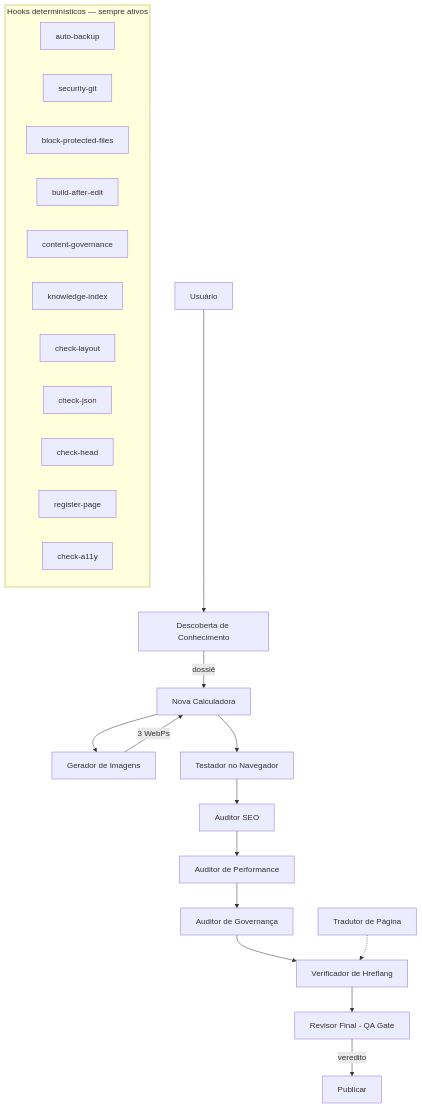
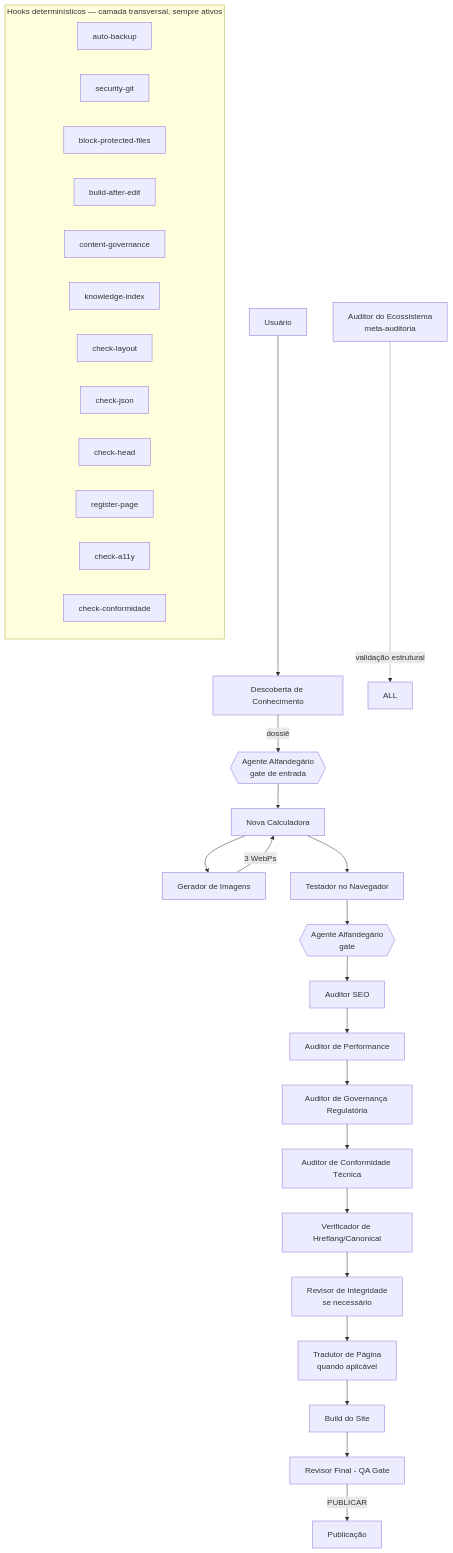
One commit to kauesp0007/calculadoras-de-enfermagem changed the diagram in CATALOGO_DOS_AGENTES_E_HOOKS/CATALOGO_CENTRAL_DA_ARQUITETURA.md. Above: the diagram before and after it, drawn with Mermaid. The commit also changed other lines of this file and 19 other files, not shown here.

````diff
--- a/CATALOGO_DOS_AGENTES_E_HOOKS/CATALOGO_CENTRAL_DA_ARQUITETURA.md
+++ b/CATALOGO_DOS_AGENTES_E_HOOKS/CATALOGO_CENTRAL_DA_ARQUITETURA.md
@@ -106,20 +126,27 @@
 ```mermaid
 flowchart TD
     U[Usuário] --> DC[Descoberta de Conhecimento]
-    DC -->|dossiê| NC[Nova Calculadora]
+    DC -->|dossiê| AF1{{Agente Alfandegário<br/>gate de entrada}}
+    AF1 --> NC[Nova Calculadora]
     NC --> GI[Gerador de Imagens]
     GI -->|3 WebPs| NC
     NC --> TB[Testador no Navegador]
-    TB --> AS[Auditor SEO]
+    TB --> AF2{{Agente Alfandegário<br/>gate}}
+    AF2 --> AS[Auditor SEO]
     AS --> AP[Auditor de Performance]
-    AP --> AG[Auditor de Governança]
-    AG --> VH[Verificador de Hreflang]
-    VH --> RF[Revisor Final - QA Gate]
-    RF -->|veredito| P[Publicar]
-    TP[Tradutor de Página] -.-> VH
-    subgraph HOOKS[Hooks determinísticos — sempre ativos]
+    AP --> AG[Auditor de Governança Regulatória]
+    AG --> CT[Auditor de Conformidade Técnica]
+    CT --> VH[Verificador de Hreflang/Canonical]
+    VH --> RI[Revisor de Integridade<br/>se necessário]
+    RI --> TR[Tradutor de Página<br/>quando aplicável]
+    TR --> BD[Build do Site]
+    BD --> RF[Revisor Final - QA Gate]
+    RF -->|PUBLICAR| P[Publicação]
+    AE[Auditor do Ecossistema<br/>meta-auditoria] -.->|validação estrutural| ALL
+    subgraph HOOKS[Hooks determinísticos — camada transversal, sempre ativos]
         H1[auto-backup] ; H2[security-git] ; H3[block-protected-files]
         H4[build-after-edit] ; H5[content-governance] ; H6[knowledge-index]
-        H7[check-layout] ; H8[check-json] ; H9[check-head] ; H10[register-page] ; H11[check-a11y]
+        H7[check-layout] ; H8[check-json] ; H9[check-head]
+        H10[register-page] ; H11[check-a11y] ; H12[check-conformidade]
     end
 ```
````
